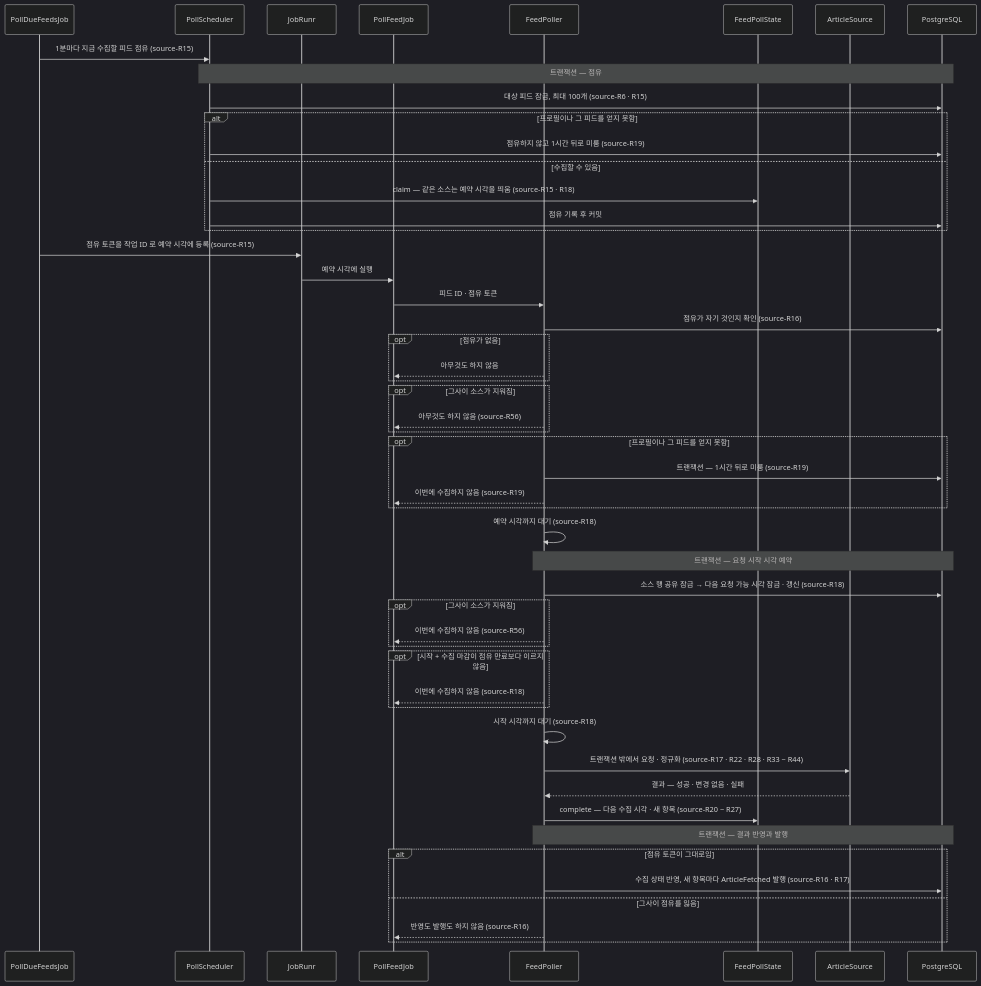
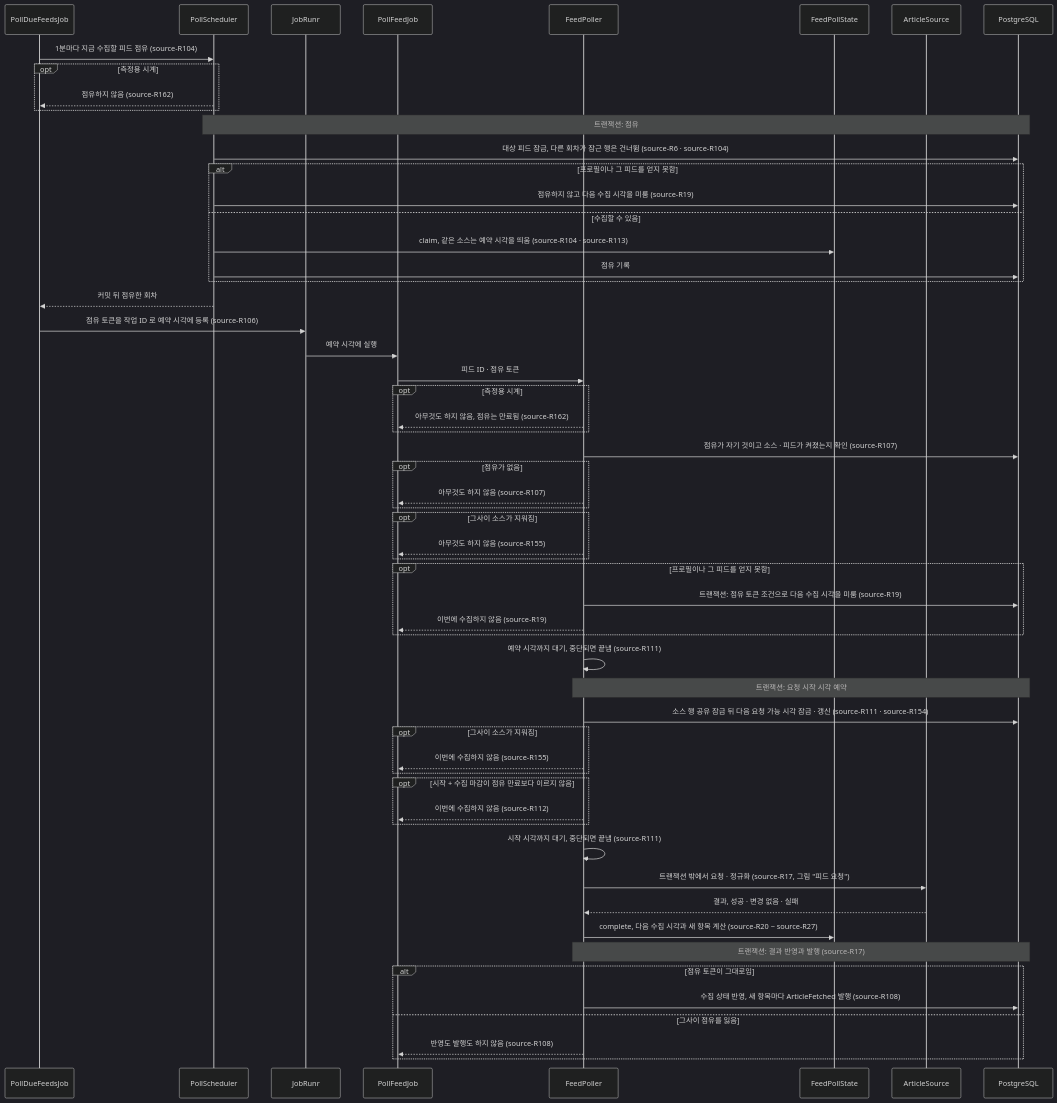
Diagram 14 of 14 in docs/specs/source.md (Theia0382/yozm-news), drawn with Mermaid (dark theme) before and after one commit. The commit also changed other lines of this file, not shown here.

First line of the commit message:
docs: source Spec 다시 쓰기 — 규칙 쪼개기 · 시퀀스 그림 · 소유 용어

````diff
--- a/docs/specs/source.md
+++ b/docs/specs/source.md
@@ -475,54 +889,61 @@
 ```mermaid
 sequenceDiagram
     participant Due as PollDueFeedsJob
     participant Sch as PollScheduler
     participant Jobs as JobRunr
     participant Job as PollFeedJob
     participant Poller as FeedPoller
     participant State as FeedPollState
     participant Src as ArticleSource
     participant DB as PostgreSQL
 
-    Due->>Sch: 1분마다 지금 수집할 피드 점유 (source-R15)
-    Note over Sch,DB: 트랜잭션 — 점유
-    Sch->>DB: 대상 피드 잠금, 최대 100개 (source-R6 · R15)
+    Due->>Sch: 1분마다 지금 수집할 피드 점유 (source-R104)
+    opt 측정용 시계
+        Sch-->>Due: 점유하지 않음 (source-R162)
+    end
+    Note over Sch,DB: 트랜잭션: 점유
+    Sch->>DB: 대상 피드 잠금, 다른 회차가 잠근 행은 건너뜀 (source-R6 · source-R104)
     alt 프로필이나 그 피드를 얻지 못함
-        Sch->>DB: 점유하지 않고 1시간 뒤로 미룸 (source-R19)
+        Sch->>DB: 점유하지 않고 다음 수집 시각을 미룸 (source-R19)
     else 수집할 수 있음
-        Sch->>State: claim — 같은 소스는 예약 시각을 띄움 (source-R15 · R18)
-        Sch->>DB: 점유 기록 후 커밋
+        Sch->>State: claim, 같은 소스는 예약 시각을 띄움 (source-R104 · source-R113)
+        Sch->>DB: 점유 기록
     end
-    Due->>Jobs: 점유 토큰을 작업 ID 로 예약 시각에 등록 (source-R15)
+    Sch-->>Due: 커밋 뒤 점유한 회차
+    Due->>Jobs: 점유 토큰을 작업 ID 로 예약 시각에 등록 (source-R106)
     Jobs->>Job: 예약 시각에 실행
     Job->>Poller: 피드 ID · 점유 토큰
-    Poller->>DB: 점유가 자기 것인지 확인 (source-R16)
+    opt 측정용 시계
+        Poller-->>Job: 아무것도 하지 않음, 점유는 만료됨 (source-R162)
+    end
+    Poller->>DB: 점유가 자기 것이고 소스 · 피드가 켜졌는지 확인 (source-R107)
     opt 점유가 없음
-        Poller-->>Job: 아무것도 하지 않음
+        Poller-->>Job: 아무것도 하지 않음 (source-R107)
     end
     opt 그사이 소스가 지워짐
-        Poller-->>Job: 아무것도 하지 않음 (source-R56)
+        Poller-->>Job: 아무것도 하지 않음 (source-R155)
     end
     opt 프로필이나 그 피드를 얻지 못함
-        Poller->>DB: 트랜잭션 — 1시간 뒤로 미룸 (source-R19)
+        Poller->>DB: 트랜잭션: 점유 토큰 조건으로 다음 수집 시각을 미룸 (source-R19)
         Poller-->>Job: 이번에 수집하지 않음 (source-R19)
     end
-    Poller->>Poller: 예약 시각까지 대기 (source-R18)
-    Note over Poller,DB: 트랜잭션 — 요청 시작 시각 예약
-    Poller->>DB: 소스 행 공유 잠금 → 다음 요청 가능 시각 잠금 · 갱신 (source-R18)
+    Poller->>Poller: 예약 시각까지 대기, 중단되면 끝냄 (source-R111)
+    Note over Poller,DB: 트랜잭션: 요청 시작 시각 예약
+    Poller->>DB: 소스 행 공유 잠금 뒤 다음 요청 가능 시각 잠금 · 갱신 (source-R111 · source-R154)
     opt 그사이 소스가 지워짐
-        Poller-->>Job: 이번에 수집하지 않음 (source-R56)
+        Poller-->>Job: 이번에 수집하지 않음 (source-R155)
     end
     opt 시작 + 수집 마감이 점유 만료보다 이르지 않음
-        Poller-->>Job: 이번에 수집하지 않음 (source-R18)
+        Poller-->>Job: 이번에 수집하지 않음 (source-R112)
     end
-    Poller->>Poller: 시작 시각까지 대기 (source-R18)
-    Poller->>Src: 트랜잭션 밖에서 요청 · 정규화 (source-R17 · R22 · R28 · R33 ~ R44)
-    Src-->>Poller: 결과 — 성공 · 변경 없음 · 실패
-    Poller->>State: complete — 다음 수집 시각 · 새 항목 (source-R20 ~ R27)
-    Note over Poller,DB: 트랜잭션 — 결과 반영과 발행
+    Poller->>Poller: 시작 시각까지 대기, 중단되면 끝냄 (source-R111)
+    Poller->>Src: 트랜잭션 밖에서 요청 · 정규화 (source-R17, 그림 "피드 요청")
+    Src-->>Poller: 결과, 성공 · 변경 없음 · 실패
+    Poller->>State: complete, 다음 수집 시각과 새 항목 계산 (source-R20 ~ source-R27)
+    Note over Poller,DB: 트랜잭션: 결과 반영과 발행 (source-R17)
     alt 점유 토큰이 그대로임
-        Poller->>DB: 수집 상태 반영, 새 항목마다 ArticleFetched 발행 (source-R16 · R17)
+        Poller->>DB: 수집 상태 반영, 새 항목마다 ArticleFetched 발행 (source-R108)
     else 그사이 점유를 잃음
-        Poller-->>Job: 반영도 발행도 하지 않음 (source-R16)
+        Poller-->>Job: 반영도 발행도 하지 않음 (source-R108)
     end
 ```
````
